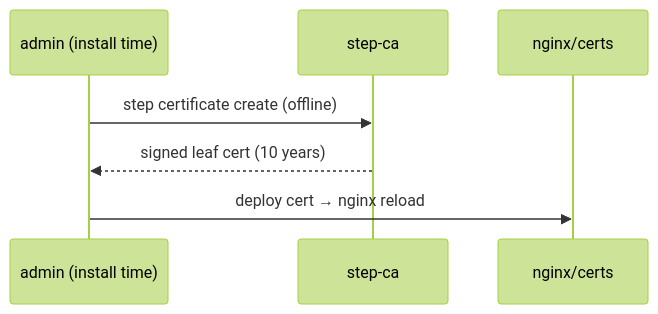
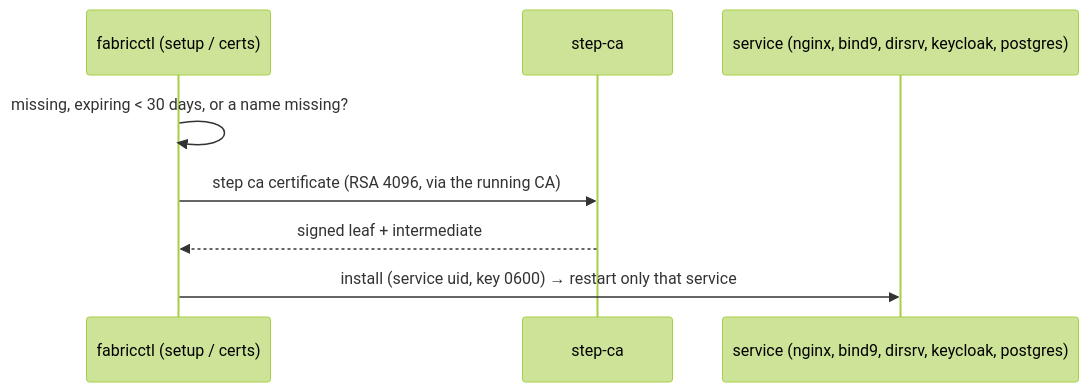
Before and after one commit to archdukejim/open-fabric: the third of 3 diagrams in docs/architecture.md, drawn with Mermaid (forest theme). The commit also changed other lines of this file and 93 other files, not shown here.

````diff
--- a/docs/architecture.md
+++ b/docs/architecture.md
@@ -304,9 +287,10 @@
 ```mermaid
 sequenceDiagram
-    participant A as admin (install time)
+    participant F as fabricctl (setup / certs)
     participant S as step-ca
-    participant N as nginx/certs
-    A->>S: step certificate create (offline)
-    S-->>A: signed leaf cert (10 years)
-    A->>N: deploy cert → nginx reload
+    participant N as service (nginx, bind9, dirsrv, keycloak, postgres)
+    F->>F: missing, expiring < 30 days, or a name missing?
+    F->>S: step ca certificate (RSA 4096, via the running CA)
+    S-->>F: signed leaf + intermediate
+    F->>N: install (service uid, key 0600) → restart only that service
 ```
````
